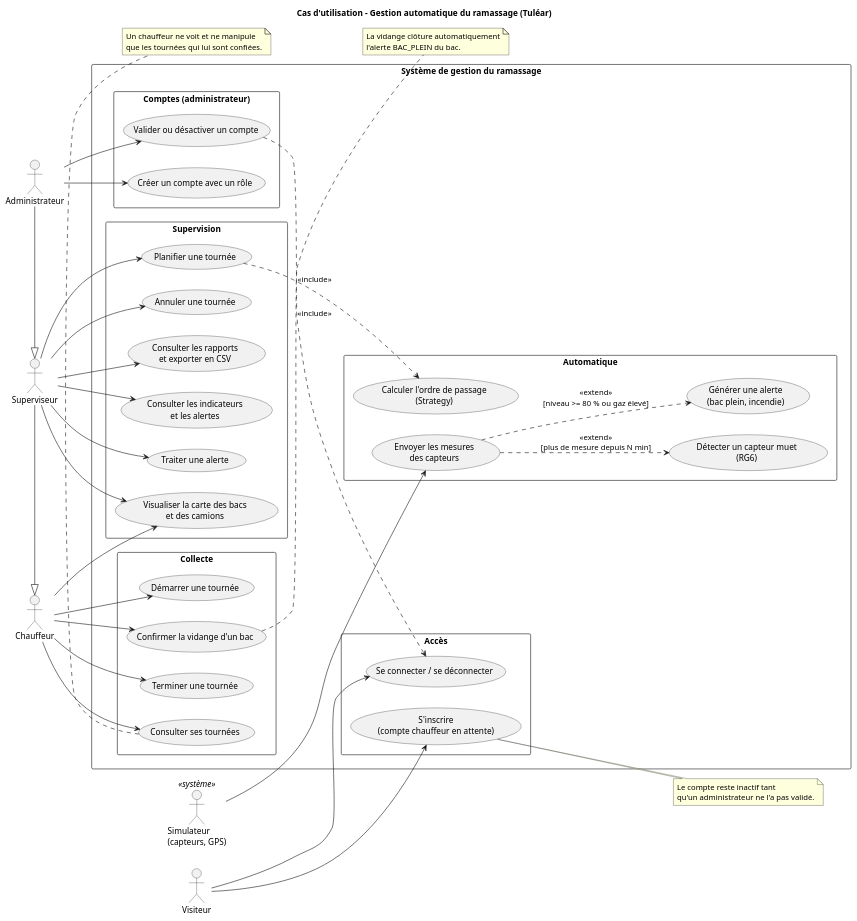
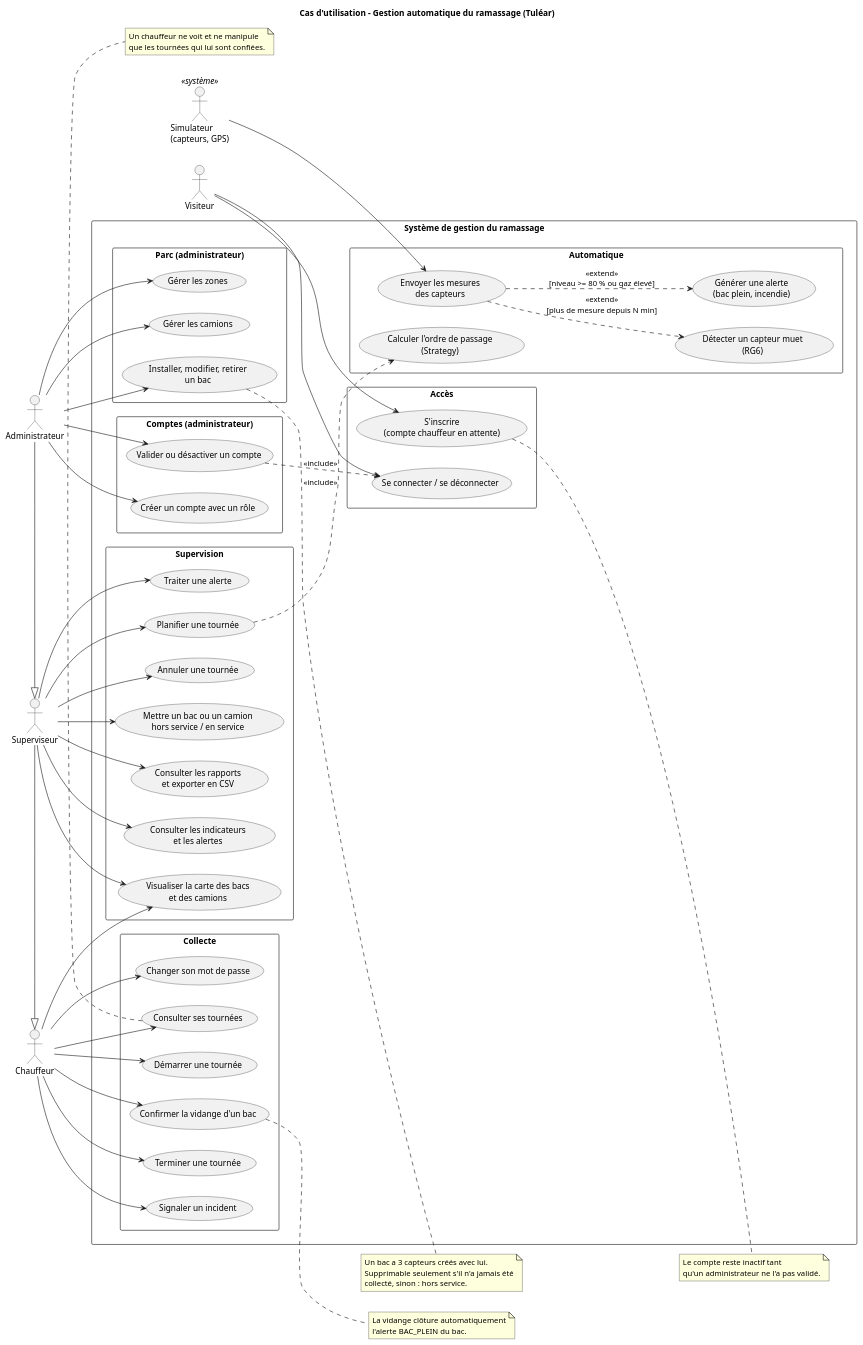
One commit to Saf-HASINIAINA/bac_d_ordure changed the diagram in docs/uml/cas_utilisation.puml. Above: the diagram before and after it, drawn with PlantUML. The commit also changed 40 other files, not shown here.

```diff
--- a/docs/uml/cas_utilisation.puml
+++ b/docs/uml/cas_utilisation.puml
@@ -1,79 +1,98 @@
 @startuml cas_utilisation
 title Cas d'utilisation - Gestion automatique du ramassage (Tuléar)
 left to right direction
 skinparam shadowing false
 skinparam packageStyle rectangle
 
 actor "Visiteur" as Vis
 actor "Administrateur" as Admin
 actor "Superviseur" as Sup
 actor "Chauffeur" as Chauf
 actor "Simulateur\n(capteurs, GPS)" as Sim <<système>>
 Admin -|> Sup
 Sup -|> Chauf
 
 rectangle "Système de gestion du ramassage" {
   package "Accès" {
     usecase "S'inscrire\n(compte chauffeur en attente)" as UC_ins
     usecase "Se connecter / se déconnecter" as UC_con
   }
+  package "Parc (administrateur)" {
+    usecase "Installer, modifier, retirer\nun bac" as UC_bac
+    usecase "Gérer les zones" as UC_zone
+    usecase "Gérer les camions" as UC_cam
+  }
   package "Comptes (administrateur)" {
     usecase "Valider ou désactiver un compte" as UC_val
     usecase "Créer un compte avec un rôle" as UC_cre
   }
   package "Supervision" {
     usecase "Visualiser la carte des bacs\net des camions" as UC_carte
     usecase "Consulter les indicateurs\net les alertes" as UC_alertes
     usecase "Traiter une alerte" as UC_traiter
     usecase "Planifier une tournée" as UC_plan
     usecase "Annuler une tournée" as UC_ann
+    usecase "Mettre un bac ou un camion\nhors service / en service" as UC_maint
     usecase "Consulter les rapports\net exporter en CSV" as UC_rapport
   }
   package "Collecte" {
     usecase "Consulter ses tournées" as UC_mes
     usecase "Démarrer une tournée" as UC_dem
     usecase "Confirmer la vidange d'un bac" as UC_vid
     usecase "Terminer une tournée" as UC_ter
+    usecase "Signaler un incident" as UC_inc
+    usecase "Changer son mot de passe" as UC_mdp
   }
   package "Automatique" {
     usecase "Envoyer les mesures\ndes capteurs" as UC_mesures
     usecase "Générer une alerte\n(bac plein, incendie)" as UC_gen
     usecase "Détecter un capteur muet\n(RG6)" as UC_panne
     usecase "Calculer l'ordre de passage\n(Strategy)" as UC_ordre
   }
 }
 
 Vis --> UC_ins
 Vis --> UC_con
+Admin --> UC_bac
+Admin --> UC_zone
+Admin --> UC_cam
 Admin --> UC_val
 Admin --> UC_cre
 Sup --> UC_carte
 Sup --> UC_alertes
 Sup --> UC_traiter
 Sup --> UC_plan
 Sup --> UC_ann
+Sup --> UC_maint
 Sup --> UC_rapport
 Chauf --> UC_mes
 Chauf --> UC_dem
 Chauf --> UC_vid
 Chauf --> UC_ter
+Chauf --> UC_inc
+Chauf --> UC_mdp
 Chauf --> UC_carte
 Sim --> UC_mesures
 
 UC_val ..> UC_con : <<include>>
 UC_plan ..> UC_ordre : <<include>>
 UC_mesures ..> UC_gen : <<extend>>\n[niveau >= 80 % ou gaz élevé]
 UC_mesures ..> UC_panne : <<extend>>\n[plus de mesure depuis N min]
 note right of UC_ins
   Le compte reste inactif tant
   qu'un administrateur ne l'a pas validé.
 end note
 note right of UC_vid
   La vidange clôture automatiquement
   l'alerte BAC_PLEIN du bac.
 end note
 note bottom of UC_mes
   Un chauffeur ne voit et ne manipule
   que les tournées qui lui sont confiées.
 end note
+note right of UC_bac
+  Un bac a 3 capteurs créés avec lui.
+  Supprimable seulement s'il n'a jamais été
+  collecté, sinon : hors service.
+end note
 @enduml
```
